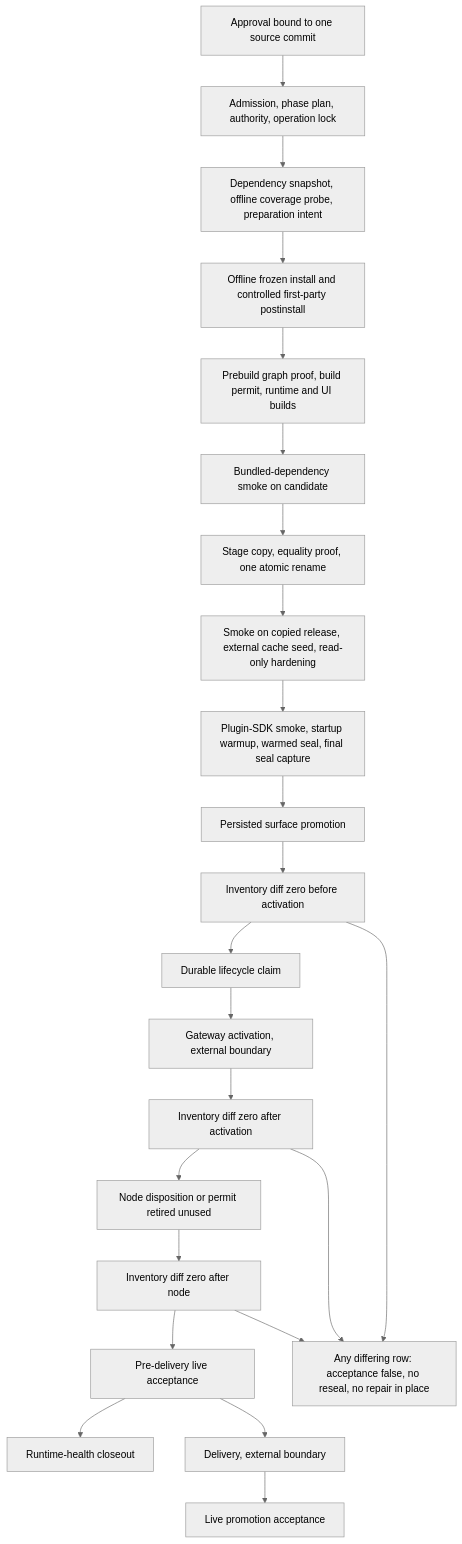
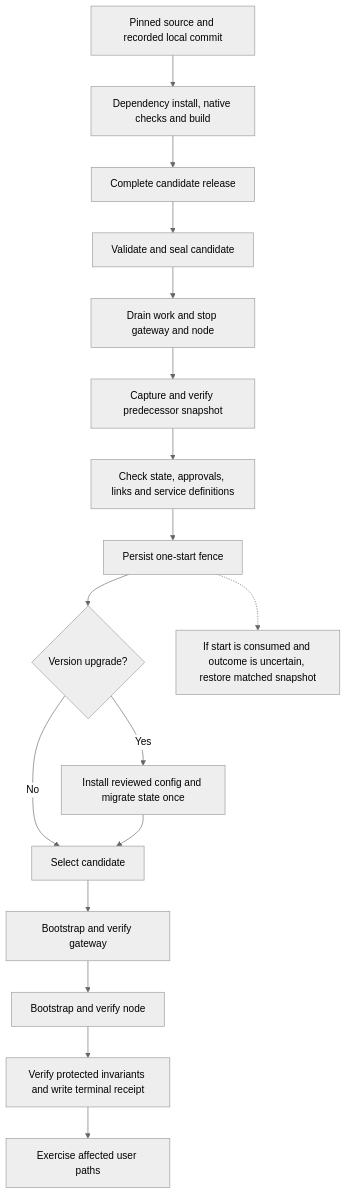
One commit to josephbergvinson/openclaw-control-plane changed the first of 2 diagrams in docs/10-runtime-releases-and-promotion.md. Above: the diagram before and after it, drawn with Mermaid (neutral theme). The commit also changed other lines of this file and 239 other files, not shown here.

````diff
--- a/docs/10-runtime-releases-and-promotion.md
+++ b/docs/10-runtime-releases-and-promotion.md
@@ -247,19 +27,19 @@
 ```mermaid
 flowchart TD
-  A[Approval bound to one source commit] --> B[Admission, phase plan, authority, operation lock]
-  B --> C[Dependency snapshot, offline coverage probe, preparation intent]
-  C --> D[Offline frozen install and controlled first-party postinstall]
-  D --> E[Prebuild graph proof, build permit, runtime and UI builds]
-  E --> F[Bundled-dependency smoke on candidate]
-  F --> G[Stage copy, equality proof, one atomic rename]
-  G --> H[Smoke on copied release, external cache seed, read-only hardening]
-  H --> I[Plugin-SDK smoke, startup warmup, warmed seal, final seal capture]
-  I --> K[Persisted surface promotion]
-  K --> L1[Inventory diff zero before activation] --> M[Durable lifecycle claim]
-  M --> N[Gateway activation, external boundary] --> L2[Inventory diff zero after activation]
-  L2 --> O[Node disposition or permit retired unused] --> L3[Inventory diff zero after node]
-  L3 --> P[Pre-delivery live acceptance]
-  P --> Q[Runtime-health closeout]
-  P --> R[Delivery, external boundary] --> S[Live promotion acceptance]
-  L1 & L2 & L3 --> X[Any differing row: acceptance false, no reseal, no repair in place]
+    Source[Pinned source and recorded local commit] --> Build[Dependency install, native checks and build]
+    Build --> Candidate[Complete candidate release]
+    Candidate --> Seal[Validate and seal candidate]
+    Seal --> Stop[Drain work and stop gateway and node]
+    Stop --> Snapshot[Capture and verify predecessor snapshot]
+    Snapshot --> Preflight[Check state, approvals, links and service definitions]
+    Preflight --> Fence[Persist one-start fence]
+    Fence --> Upgrade{Version upgrade?}
+    Upgrade -->|Yes| Migration[Install reviewed config and migrate state once]
+    Upgrade -->|No| Select[Select candidate]
+    Migration --> Select
+    Select --> Gateway[Bootstrap and verify gateway]
+    Gateway --> Node[Bootstrap and verify node]
+    Node --> Verify[Verify protected invariants and write terminal receipt]
+    Verify --> Acceptance[Exercise affected user paths]
+    Fence -.-> Recovery[If start is consumed and outcome is uncertain, restore matched snapshot]
 ```
````
